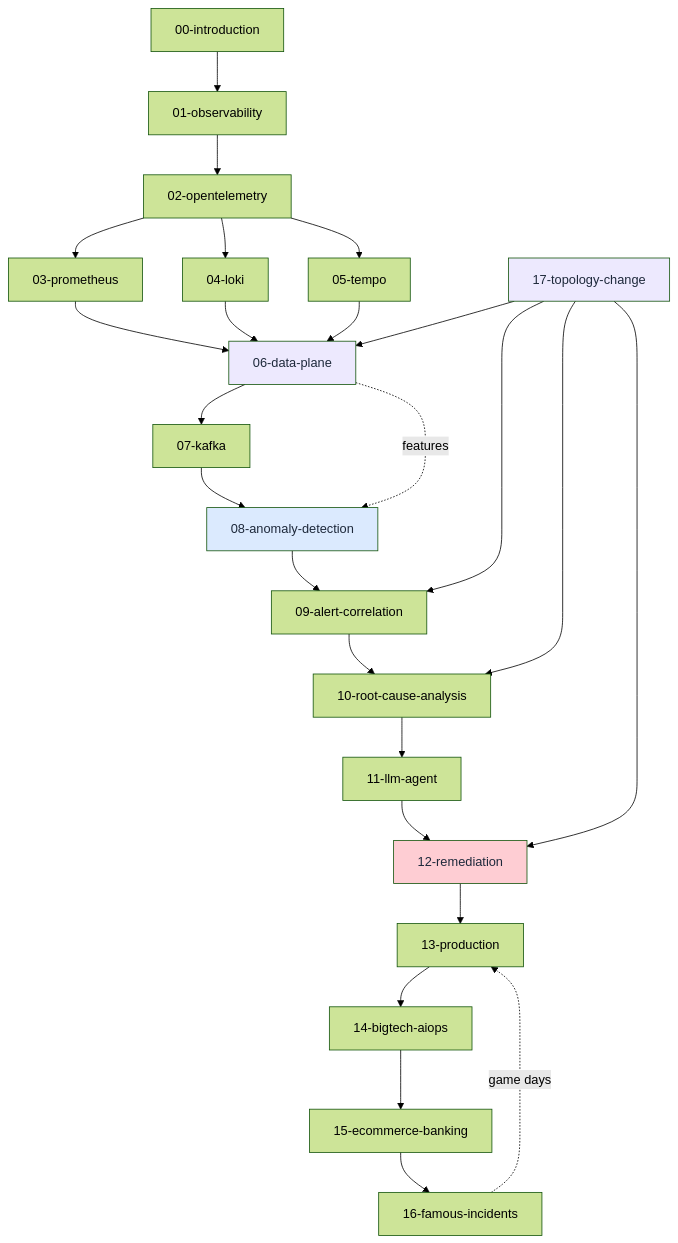
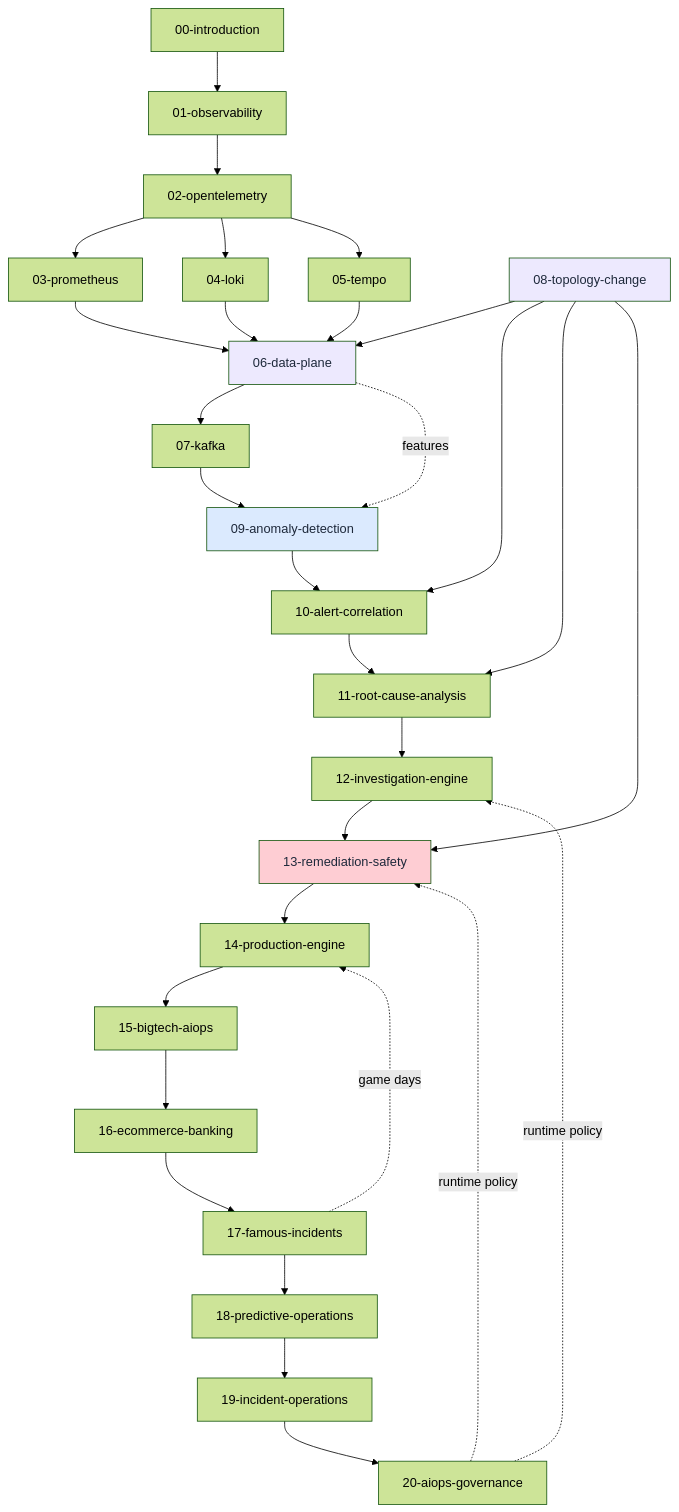
Before and after one commit to XUanhoa04/aiops-engineering-handbook: the second of 2 diagrams in README.md, drawn with Mermaid (forest theme). The commit also changed other lines of this file and 71 other files, not shown here.

Commit message:
docs: add predictive incident and governance engines

````diff
--- a/README.md
+++ b/README.md
@@ -183,33 +195,38 @@
 ```mermaid
 graph TD
     INTRO[00-introduction] --> OBS[01-observability]
     OBS --> OTEL[02-opentelemetry]
     OTEL --> PROM[03-prometheus]
     OTEL --> LOKI[04-loki]
     OTEL --> TEMPO[05-tempo]
     PROM --> DP[06-data-plane]
     LOKI --> DP
     TEMPO --> DP
     DP --> KAFKA[07-kafka]
-    KAFKA --> AD[08-anomaly-detection]
-    AD --> AC[09-alert-correlation]
-    AC --> RCA[10-root-cause-analysis]
-    RCA --> LLM[11-llm-agent]
-    LLM --> REM[12-remediation]
-    REM --> PROD[13-production]
-    PROD --> BIG[14-bigtech-aiops]
-    BIG --> DOM[15-ecommerce-banking]
-    DOM --> INC[16-famous-incidents]
-    TOPO[17-topology-change] --> DP
+    KAFKA --> AD[09-anomaly-detection]
+    AD --> AC[10-alert-correlation]
+    AC --> RCA[11-root-cause-analysis]
+    RCA --> LLM[12-investigation-engine]
+    LLM --> REM[13-remediation-safety]
+    REM --> PROD[14-production-engine]
+    PROD --> BIG[15-bigtech-aiops]
+    BIG --> DOM[16-ecommerce-banking]
+    DOM --> INC[17-famous-incidents]
+    TOPO[08-topology-change] --> DP
     TOPO --> AC
     TOPO --> RCA
     TOPO --> REM
 
     DP -.->|features| AD
     INC -.->|game days| PROD
+    INC --> PRED[18-predictive-operations]
+    PRED --> OPS[19-incident-operations]
+    OPS --> GOV[20-aiops-governance]
+    GOV -.->|runtime policy| LLM
+    GOV -.->|runtime policy| REM
 
     style DP fill:#ede9fe,color:#1e293b
     style TOPO fill:#ede9fe,color:#1e293b
     style AD fill:#dbeafe,color:#1e293b
     style REM fill:#fecdd3,color:#1e293b
 ```
````
